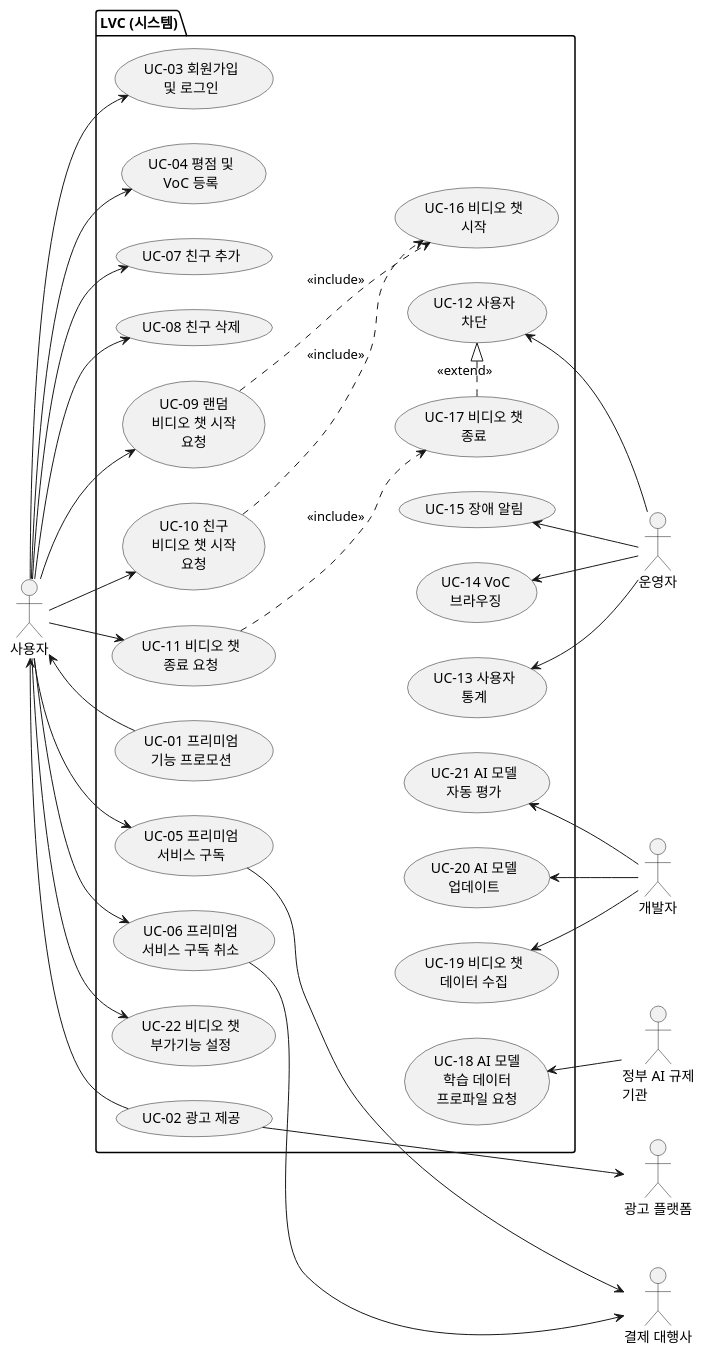
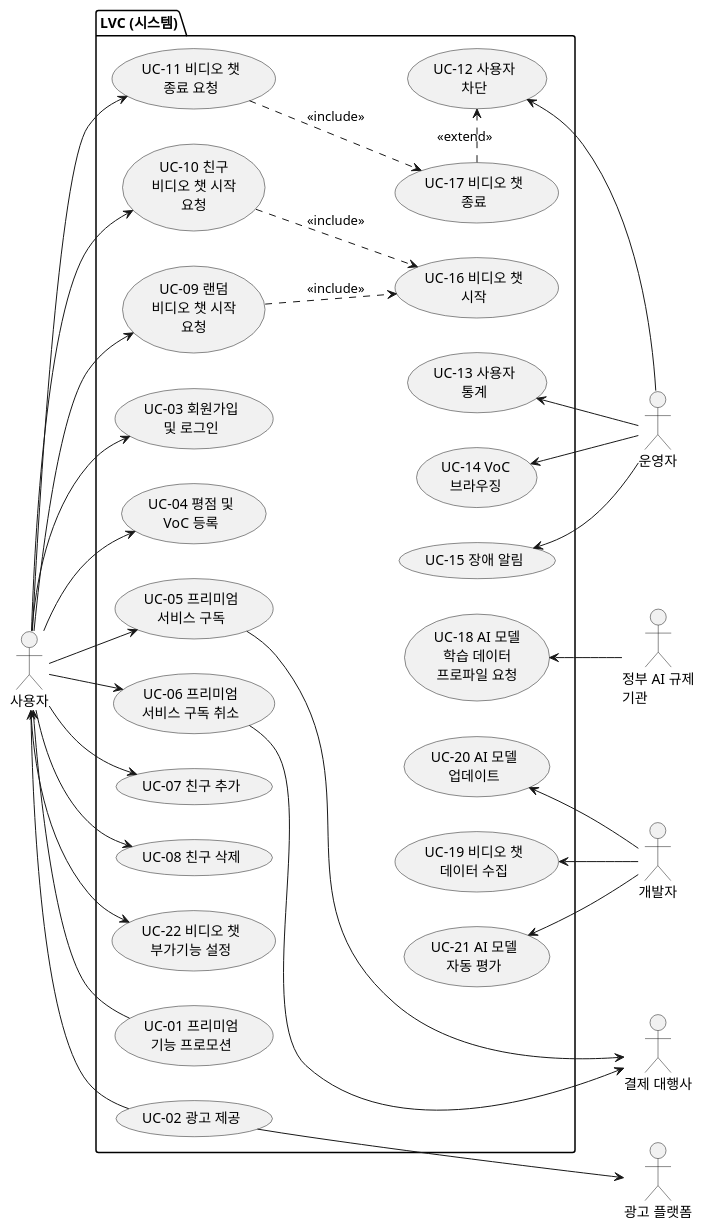
Before and after one commit to dhkim09a/associate-architect-course-2025: the diagram in diagrams/use_case_diagram.puml, drawn with PlantUML.

```diff
--- a/diagrams/use_case_diagram.puml
+++ b/diagrams/use_case_diagram.puml
@@ -1,83 +1,87 @@
 @startuml
 
 skinparam wrapWidth 100
 left to right direction
 
 actor "사용자" as User
 actor "운영자" as Admin
 actor "개발자" as Developer
 actor "광고 플랫폼" as AdProvider
 actor "결제 대행사" as PayProvider
 actor "정부 AI 규제 기관" as Regulator
 
 package "LVC (시스템)" {
     usecase "UC-01 프리미엄 기능 프로모션" as UC1
     usecase "UC-02 광고 제공" as UC2
     usecase "UC-03 회원가입 및 로그인" as UC3
     usecase "UC-04 평점 및 VoC 등록" as UC4
     usecase "UC-05 프리미엄 서비스 구독" as UC5
     usecase "UC-06 프리미엄 서비스 구독 취소" as UC6
     usecase "UC-07 친구 추가" as UC7
     usecase "UC-08 친구 삭제" as UC8
     usecase "UC-09 랜덤 비디오 챗 시작 요청" as UC9
     usecase "UC-10 친구 비디오 챗 시작 요청" as UC10
     usecase "UC-11 비디오 챗 종료 요청" as UC11
     usecase "UC-12 사용자 차단" as UC12
     usecase "UC-13 사용자 통계" as UC13
     usecase "UC-14 VoC 브라우징" as UC14
     usecase "UC-15 장애 알림" as UC15
     usecase "UC-16 비디오 챗 시작" as UC16
     usecase "UC-17 비디오 챗 종료" as UC17
     usecase "UC-18 AI 모델 학습 데이터 프로파일 요청" as UC18
     usecase "UC-19 비디오 챗 데이터 수집" as UC19
     usecase "UC-20 AI 모델 업데이트" as UC20
     usecase "UC-21 AI 모델 자동 평가" as UC21
     usecase "UC-22 비디오 챗 부가기능 설정" as UC22
 
 
     UC1 --> User
     UC2 --> User
     
     User --> UC3
     User --> UC4
     User --> UC5
     User --> UC6
     User --> UC7
     User --> UC8
     User --> UC9
     User --> UC10
     User --> UC11
     User --> UC22
     
     Admin -up-> UC12
     Admin -up-> UC13
     Admin -up-> UC14
     Admin -up-> UC15
 
     Regulator -up-> UC18
 
     Developer -up-> UC19
     Developer -up-> UC20
     Developer -up-> UC21
 
     UC5 --down-> PayProvider
     UC6 --down-> PayProvider
 
     UC2 --down-> AdProvider
     
     UC9 ..> UC16 : "<<include>>"
     UC10 ..> UC16 : "<<include>>"
     UC11 ..> UC17 : "<<include>>"
-    UC17 .|> UC12 : "<<extend>>"
+    UC17 .> UC12 : "<<extend>>"
     
-    UC1 -[hidden]- UC12
-    UC1 -[hidden]- UC13
-    UC1 -[hidden]- UC14
-    UC1 -[hidden]- UC15
-    UC1 -[hidden]- UC18
-    UC1 -[hidden]- UC19
-    UC1 -[hidden]- UC20
-    UC1 -[hidden]- UC21
+    UC11 -[hidden] UC10
+    UC10 -[hidden] UC9
+
+    UC15 -[hidden] UC14
+    UC14 -[hidden] UC13
+    UC13 -[hidden] UC12
+
+    UC15 -[hidden] UC18
+    UC21 -[hidden] UC18
+
+    UC19 -[hidden] UC20
+    UC20 -[hidden] UC21
 }
 
 @enduml
```
